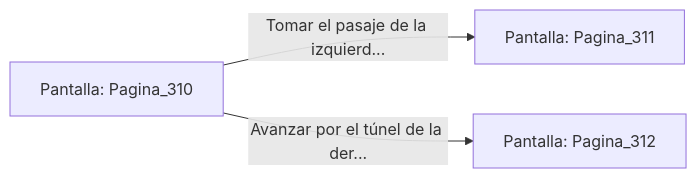
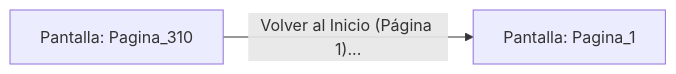
One commit to metsuke/mpl changed the diagram in sample/eligejuego-vault/Pantalla_Pagina_310.md. Above: the diagram before and after it, drawn with Mermaid. The commit also changed other lines of this file and 635 other files, not shown here.

First line of the commit message:
fix: añadir Pagina_1 como pantalla inicial en capitulo_01.mpl

````diff
--- a/sample/eligejuego-vault/Pantalla_Pagina_310.md
+++ b/sample/eligejuego-vault/Pantalla_Pagina_310.md
@@ -20,6 +17,5 @@
 ```mermaid
 graph LR
     P_Pagina_310["Pantalla: Pagina_310"]
-    P_Pagina_310 -->|"Tomar el pasaje de la izquierd..."| P_Pagina_311["Pantalla: Pagina_311"]
-    P_Pagina_310 -->|"Avanzar por el túnel de la der..."| P_Pagina_312["Pantalla: Pagina_312"]
+    P_Pagina_310 -->|"Volver al Inicio (Página 1)..."| P_Pagina_1["Pantalla: Pagina_1"]
 ```
````
